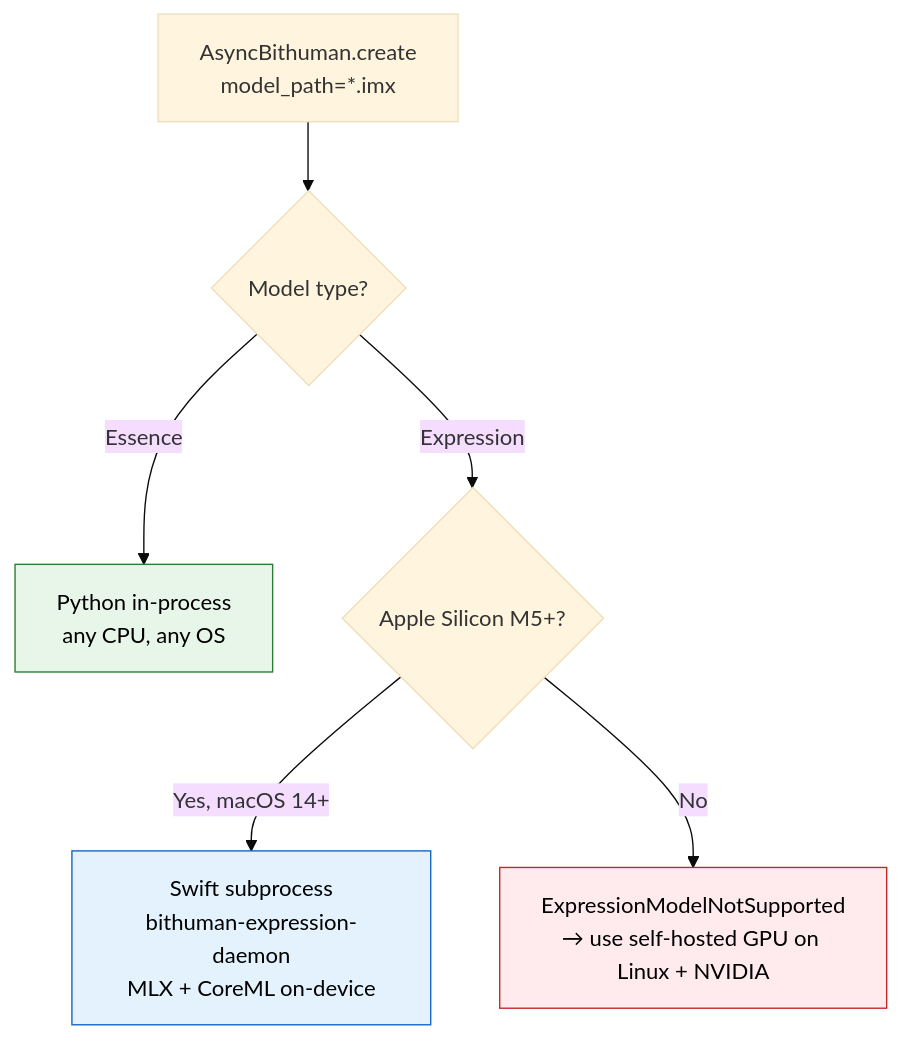
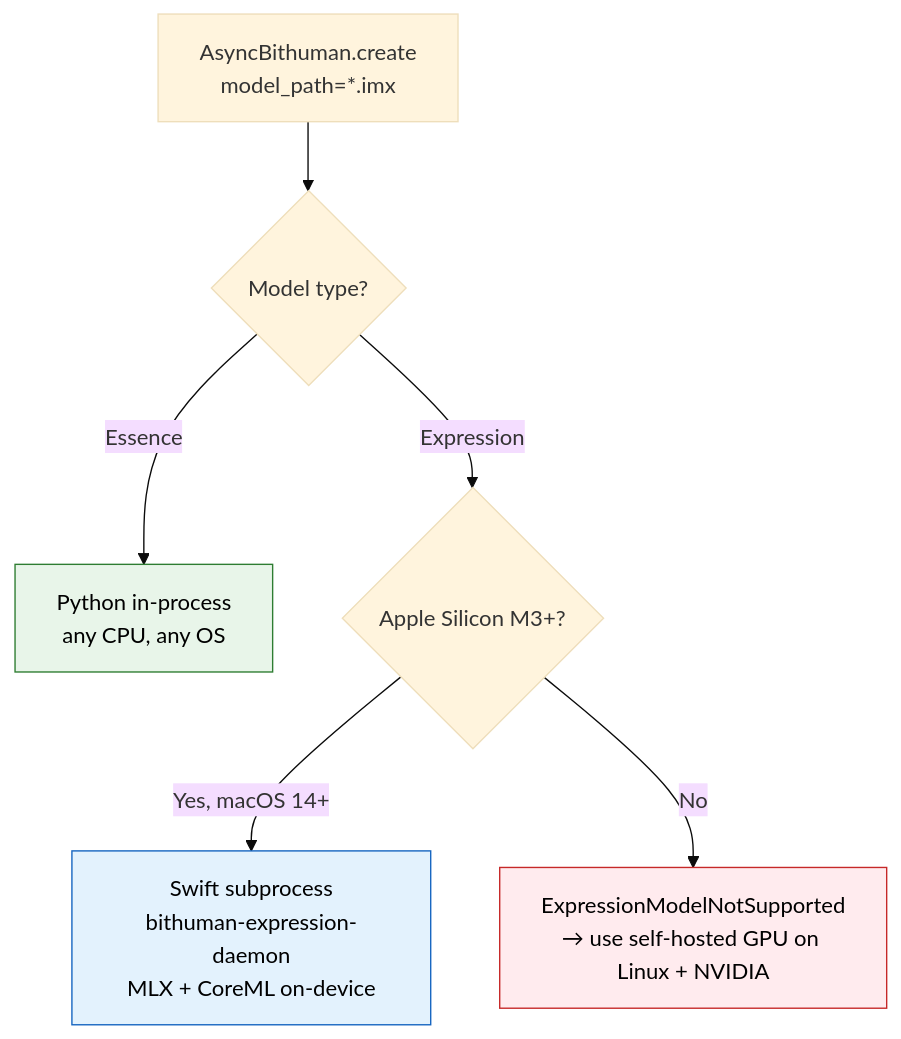
One commit to bithuman-product/bithuman-examples changed the first of 2 diagrams in bithuman-docs/examples/apple-expression.mdx. Above: the diagram before and after it, drawn with Mermaid (base theme). The commit also changed other lines of this file and 7 other files, not shown here.

````diff
--- a/bithuman-docs/examples/apple-expression.mdx
+++ b/bithuman-docs/examples/apple-expression.mdx
@@ -27,12 +27,12 @@
 ```mermaid
 flowchart TD
     A[AsyncBithuman.create\nmodel_path=*.imx] --> B{Model type?}
     B -->|Essence| C[Python in-process\nany CPU, any OS]
-    B -->|Expression| D{Apple Silicon M5+?}
+    B -->|Expression| D{Apple Silicon M3+?}
     D -->|Yes, macOS 14+| E[Swift subprocess\nbithuman-expression-daemon\nMLX + CoreML on-device]
     D -->|No| F[ExpressionModelNotSupported\n→ use self-hosted GPU on Linux + NVIDIA]
 
     style C fill:#e8f5e9,stroke:#2e7d32,color:#000
     style E fill:#e3f2fd,stroke:#1565c0,color:#000
     style F fill:#ffebee,stroke:#c62828,color:#000
 ```
````
